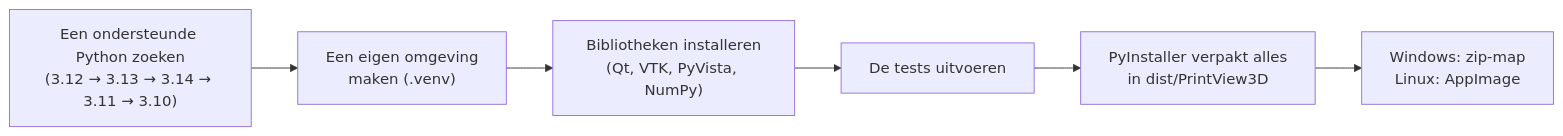
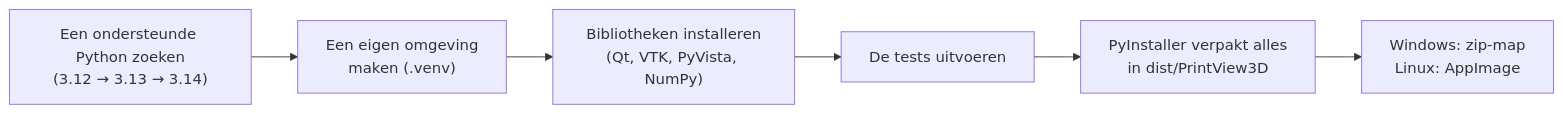
The diagram in docs/build.nl.md (sevagjb/PrintView3D), drawn with Mermaid before and after one commit. The commit also changed other lines of this file and 4 other files, not shown here.

First line of the commit message:
Build scripts: need Python 3.12-3.14, replace a .venv from an old Python (#61)

````diff
--- a/docs/build.nl.md
+++ b/docs/build.nl.md
@@ -75,8 +75,8 @@
 ```mermaid
 flowchart LR
-    A["Een ondersteunde Python zoeken<br/>(3.12 → 3.13 → 3.14 → 3.11 → 3.10)"] --> B["Een eigen omgeving<br/>maken (.venv)"]
+    A["Een ondersteunde Python zoeken<br/>(3.12 → 3.13 → 3.14)"] --> B["Een eigen omgeving<br/>maken (.venv)"]
     B --> C["Bibliotheken installeren<br/>(Qt, VTK, PyVista, NumPy)"]
     C --> D["De tests uitvoeren"]
     D --> E["PyInstaller verpakt alles<br/>in dist/PrintView3D"]
     E --> F["Windows: zip-map<br/>Linux: AppImage"]
 ```
````
